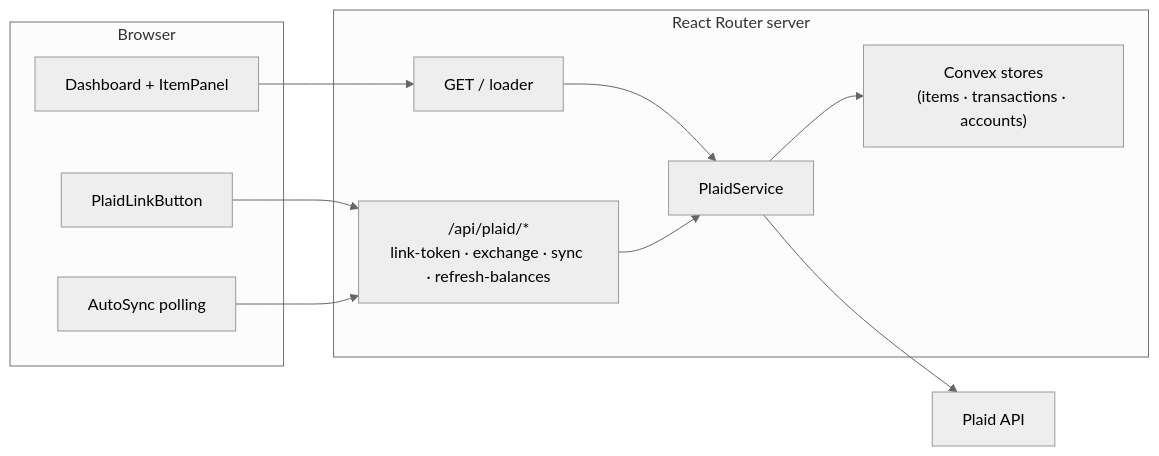
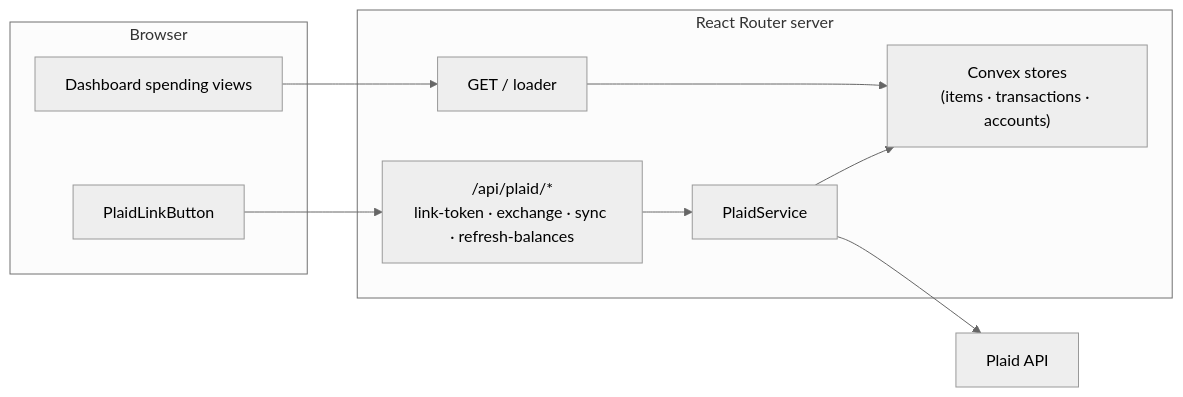
Before and after one commit to josemlrod/finanz: the diagram in README.md, drawn with Mermaid (neutral theme). The commit also changed other lines of this file and 3 other files, not shown here.

````diff
--- a/README.md
+++ b/README.md
@@ -19,25 +20,23 @@
 ```mermaid
 flowchart LR
     subgraph Browser
         LB[PlaidLinkButton]
-        DP[Dashboard + ItemPanel]
-        AS[AutoSync polling]
+        DP[Dashboard spending views]
     end
 
     subgraph Server["React Router server"]
         HL["GET / loader"]
         API["/api/plaid/*<br>link-token · exchange · sync · refresh-balances"]
         SVC[PlaidService]
         ST["Convex stores<br>(items · transactions · accounts)"]
     end
 
     PL[Plaid API]
 
     LB --> API
-    AS --> API
     DP --> HL
-    HL --> SVC
+    HL --> ST
     API --> SVC
     SVC --> PL
     SVC --> ST
 ```
````
